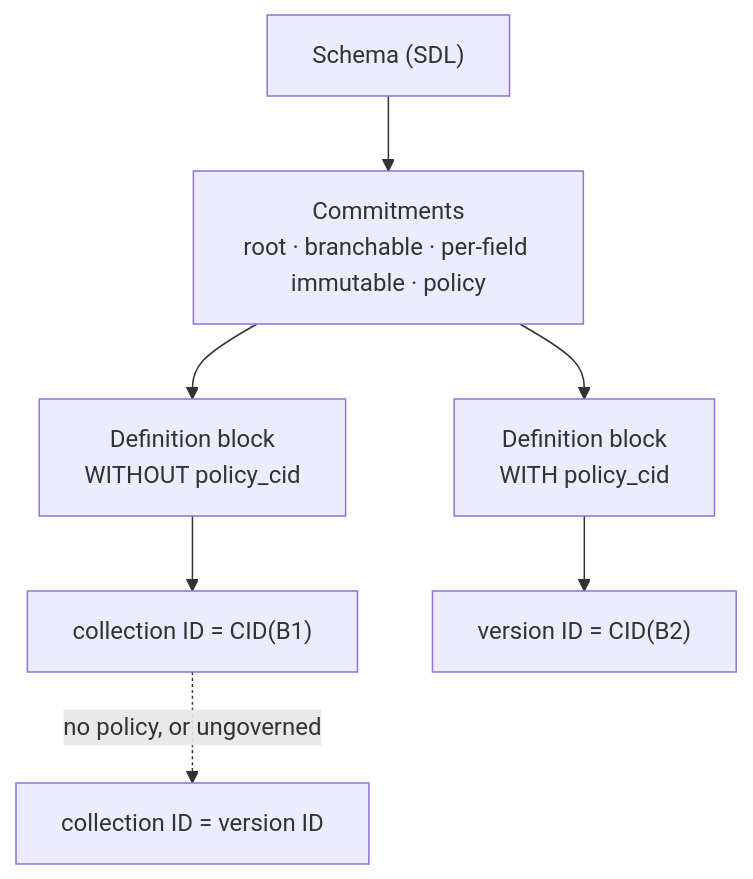
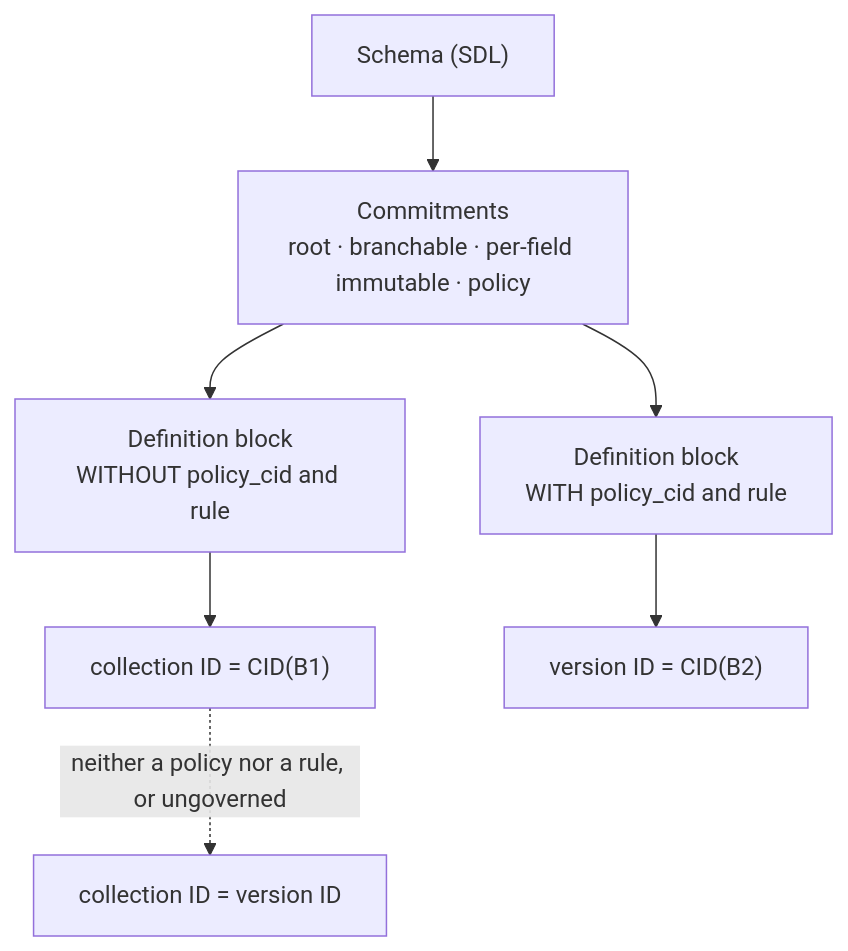
The second of 10 diagrams in governed-collections.md (sourcenetwork/defradb.rs), drawn with Mermaid before and after one commit. The commit also changed other lines of this file, not shown here.

````diff
--- a/governed-collections.md
+++ b/governed-collections.md
@@ -75,9 +75,9 @@
 ```mermaid
 flowchart TB
   S["Schema (SDL)"] --> C["Commitments<br/>root · branchable · per-field immutable · policy"]
-  C --> B1["Definition block<br/>WITHOUT policy_cid"]
-  C --> B2["Definition block<br/>WITH policy_cid"]
+  C --> B1["Definition block<br/>WITHOUT policy_cid and rule"]
+  C --> B2["Definition block<br/>WITH policy_cid and rule"]
   B1 --> CID1["collection ID = CID(B1)"]
   B2 --> CID2["version ID = CID(B2)"]
-  CID1 -.->|"no policy, or ungoverned"| SAME["collection ID = version ID"]
+  CID1 -.->|"neither a policy nor a rule, or ungoverned"| SAME["collection ID = version ID"]
 ```
````
